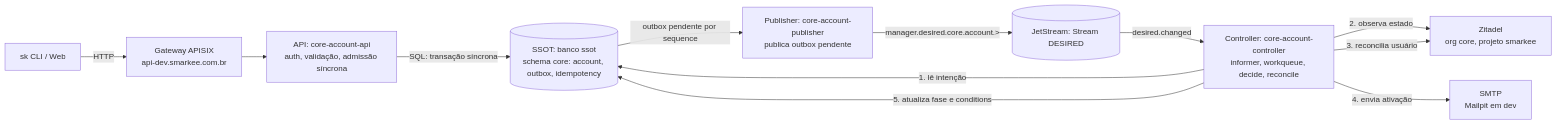
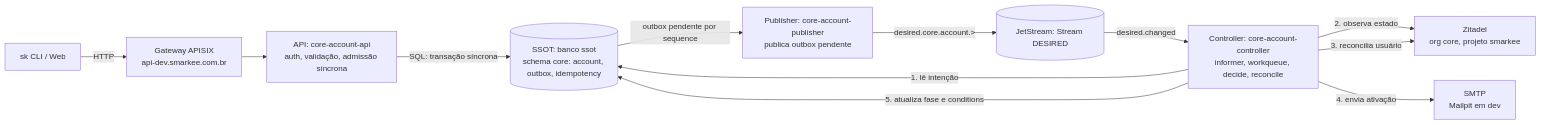
Before and after one commit to danielsabatini/smarkee: the diagram in features/core/account/docs/architecture/01-componentes.mmd, drawn with Mermaid. The commit also changed 81 other files, not shown here.

Commit message:
docs: alinhar documentações e diagramas aos subjects de 4 tokens do NATS

```diff
--- a/features/core/account/docs/architecture/01-componentes.mmd
+++ b/features/core/account/docs/architecture/01-componentes.mmd
@@ -1,21 +1,21 @@
 flowchart LR
     CLI["sk CLI / Web"]
     GW["Gateway APISIX<br/>api-dev.smarkee.com.br"]
     API["API: core-account-api<br/>auth, validação, admissão síncrona"]
     DB[("SSOT: banco ssot<br/>schema core: account, outbox, idempotency")]
     PUB["Publisher: core-account-publisher<br/>publica outbox pendente"]
     NATS[("JetStream: Stream DESIRED")]
     CTRL["Controller: core-account-controller<br/>informer, workqueue, decide, reconcile"]
     ZIT["Zitadel<br/>org core, projeto smarkee"]
     MAIL["SMTP<br/>Mailpit em dev"]
 
     CLI -->|HTTP| GW --> API
     API -->|SQL: transação síncrona| DB
     DB -->|outbox pendente por sequence| PUB
-    PUB -->|manager.desired.core.account.>| NATS
+    PUB -->|desired.core.account.>| NATS
     NATS -->|desired.changed| CTRL
     CTRL -->|1. lê intenção| DB
     CTRL -->|2. observa estado| ZIT
     CTRL -->|3. reconcilia usuário| ZIT
     CTRL -->|4. envia ativação| MAIL
     CTRL -->|5. atualiza fase e conditions| DB
```
